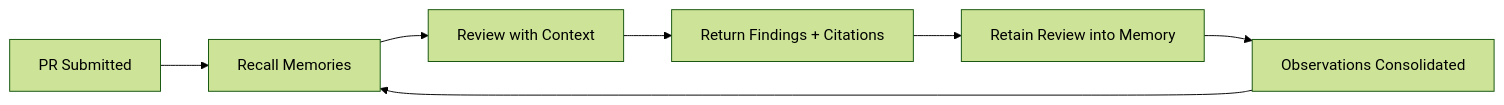
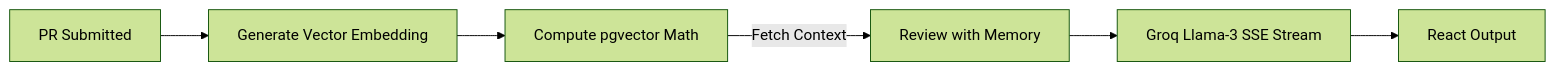
The diagram in README.md (nihannihu/Omni-SRE), drawn with Mermaid (forest theme) before and after one commit. The commit also changed other lines of this file and 33 other files, not shown here.

````diff
--- a/README.md
+++ b/README.md
@@ -31,9 +22,8 @@
 ```mermaid
 graph LR
-    A[PR Submitted] --> B[Recall Memories]
-    B --> C[Review with Context]
-    C --> D[Return Findings + Citations]
-    D --> E[Retain Review into Memory]
-    E --> F[Observations Consolidated]
-    F --> B
+    A[PR Submitted] --> B[Generate Vector Embedding]
+    B --> C[Compute pgvector Math]
+    C -->|Fetch Context| D[Review with Memory]
+    D --> E[Groq Llama-3 SSE Stream]
+    E --> F[React Output]
 ```
````
